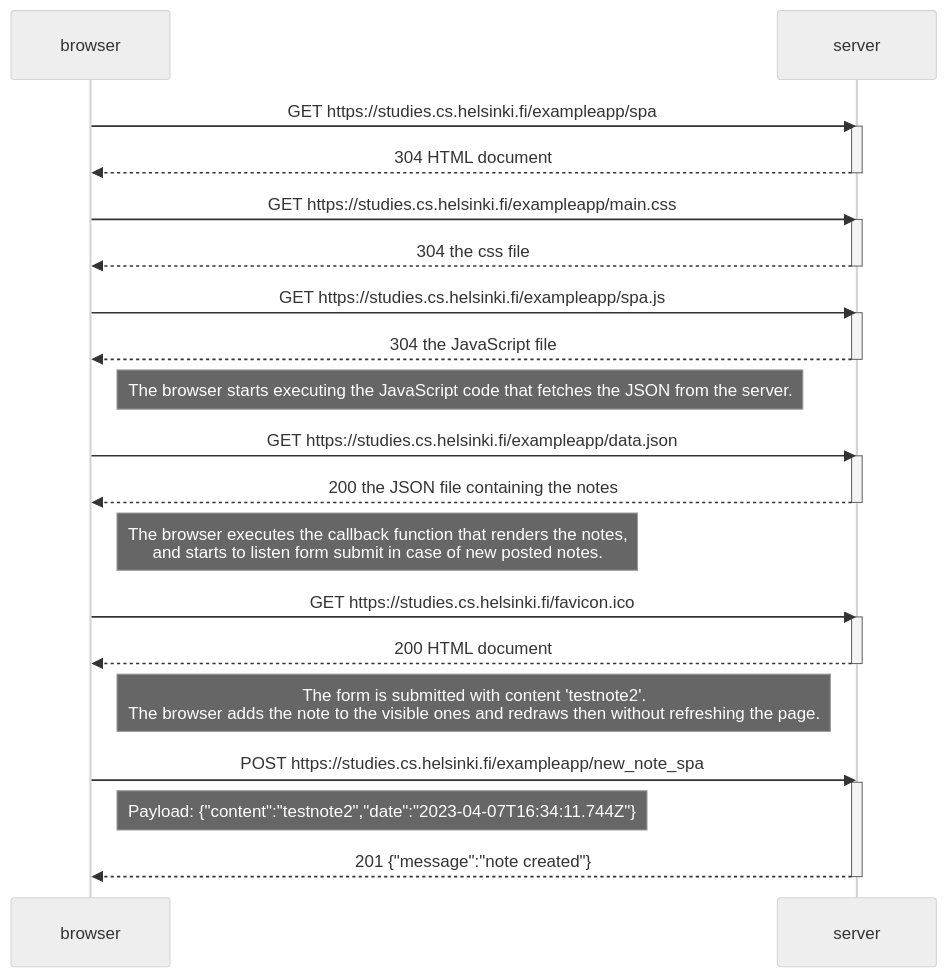
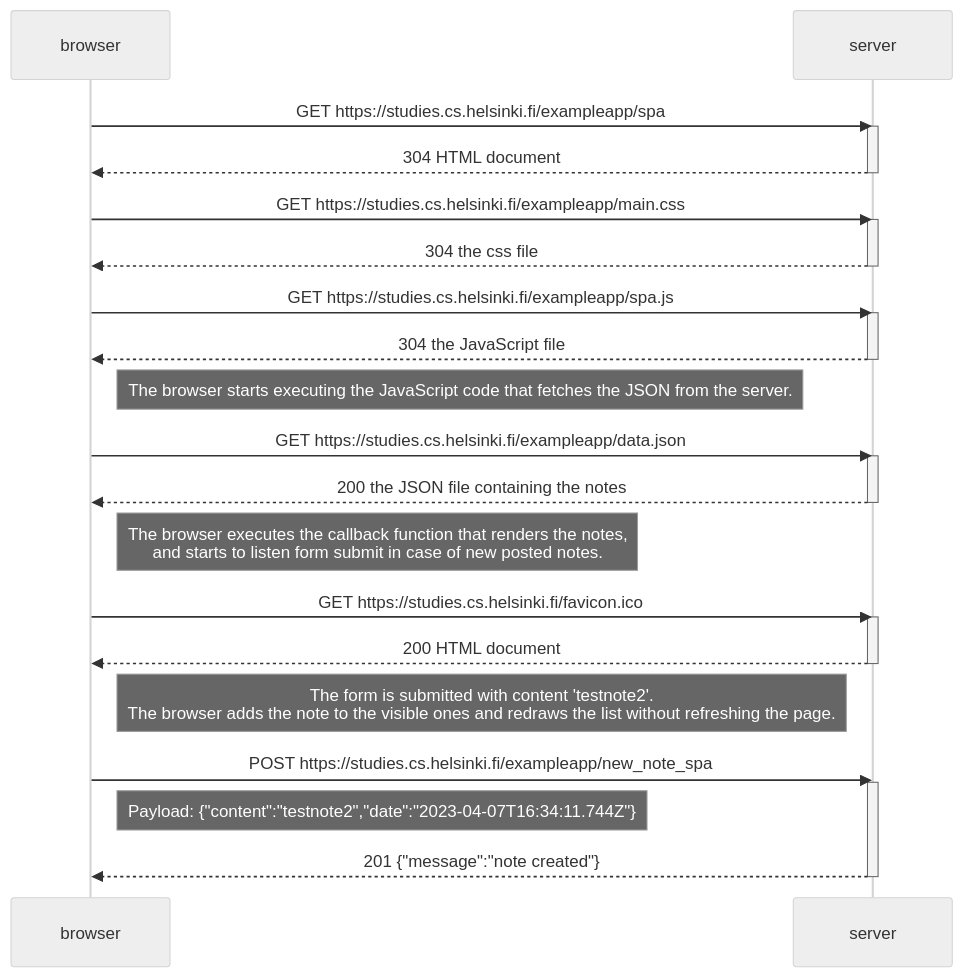
The diagram in part0/newspanotediagram.md (immosentomppa/fullstackopen), drawn with Mermaid (neutral theme) before and after one commit.

````diff
--- a/part0/newspanotediagram.md
+++ b/part0/newspanotediagram.md
@@ -1,42 +1,42 @@
 ```mermaid
 sequenceDiagram
     participant browser
     participant server
 
     browser->>server: GET https://studies.cs.helsinki.fi/exampleapp/spa
     activate server
     server-->>browser: 304 HTML document
     deactivate server
 
     browser->>server: GET https://studies.cs.helsinki.fi/exampleapp/main.css
     activate server
     server-->>browser: 304 the css file
     deactivate server
 
     browser->>server: GET https://studies.cs.helsinki.fi/exampleapp/spa.js
     activate server
     server-->>browser: 304 the JavaScript file
     deactivate server
 
     Note right of browser: The browser starts executing the JavaScript code that fetches the JSON from the server.
 
     browser->>server: GET https://studies.cs.helsinki.fi/exampleapp/data.json
     activate server
     server-->>browser: 200 the JSON file containing the notes
     deactivate server
 
     Note right of browser: The browser executes the callback function that renders the notes,<br/>and starts to listen form submit in case of new posted notes.
     
     browser->>server: GET https://studies.cs.helsinki.fi/favicon.ico
     activate server
     server-->>browser: 200 HTML document
     deactivate server
     
-    Note right of browser: The form is submitted with content 'testnote2'.<br/> The browser adds the note to the visible ones and redraws then without refreshing the page.
+    Note right of browser: The form is submitted with content 'testnote2'.<br/> The browser adds the note to the visible ones and redraws the list without refreshing the page.
     
     browser->>server: POST https://studies.cs.helsinki.fi/exampleapp/new_note_spa
     activate server
     Note right of browser: Payload: {"content":"testnote2","date":"2023-04-07T16:34:11.744Z"}
     server-->>browser: 201 {"message":"note created"}
     deactivate server
 ```    
````
